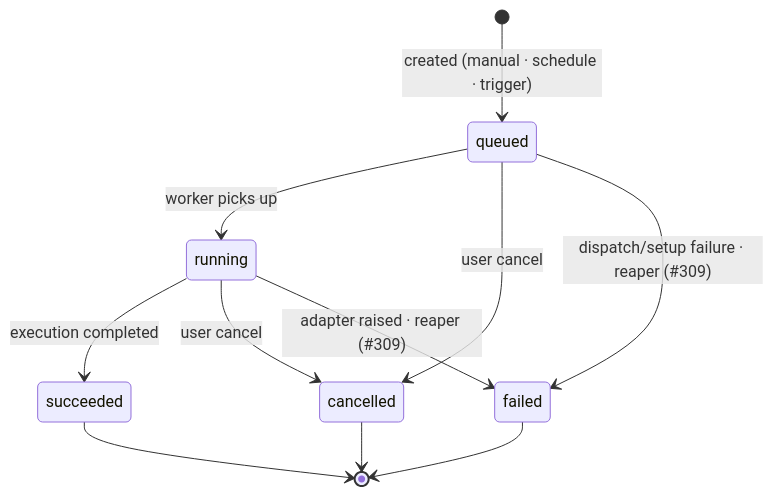
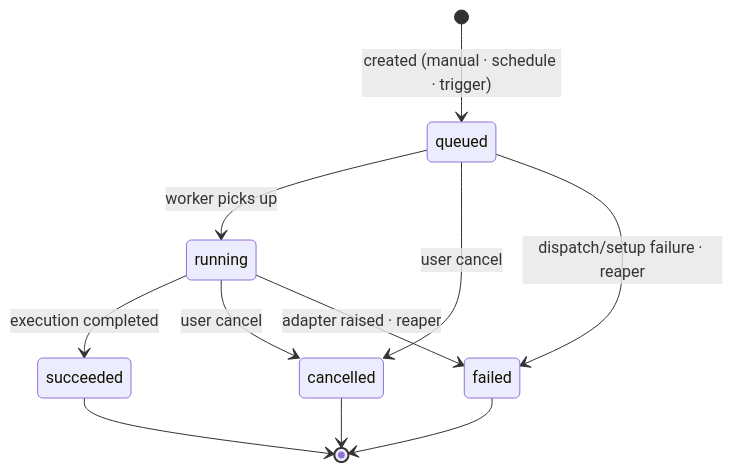
Before and after one commit to TheurgicDuke771/DataQ: the fifth of 7 diagrams in docs/site/architecture.md, drawn with Mermaid. The commit also changed other lines of this file and 22 other files, not shown here.

````diff
--- a/docs/site/architecture.md
+++ b/docs/site/architecture.md
@@ -484,13 +484,13 @@
 ```mermaid
 stateDiagram-v2
     [*] --> queued : created (manual · schedule · trigger)
     queued --> running : worker picks up
     queued --> cancelled : user cancel
-    queued --> failed : dispatch/setup failure · reaper (#309)
+    queued --> failed : dispatch/setup failure · reaper
     running --> succeeded : execution completed
     running --> cancelled : user cancel
-    running --> failed : adapter raised · reaper (#309)
+    running --> failed : adapter raised · reaper
     succeeded --> [*]
     failed --> [*]
     cancelled --> [*]
 ```
````
